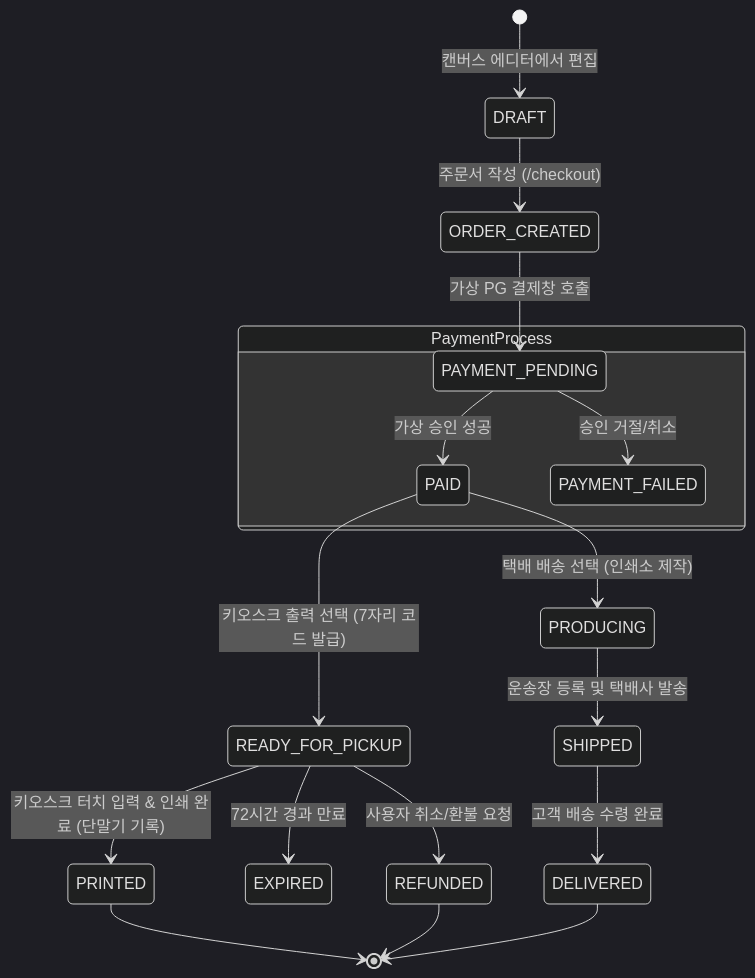
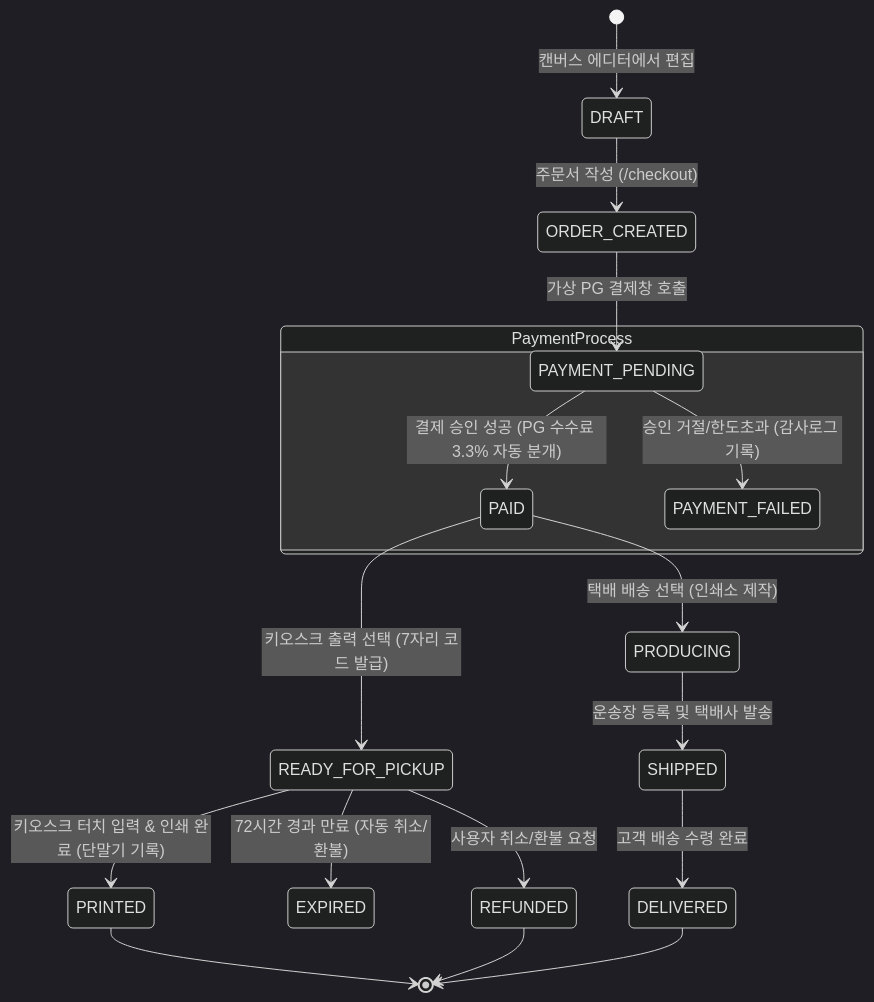
The diagram in docs/16-payment-print-flow.md (jamannim/webtoon-IP-platform), drawn with Mermaid (dark theme) before and after one commit. The commit also changed other lines of this file and 13 other files, not shown here.

````diff
--- a/docs/16-payment-print-flow.md
+++ b/docs/16-payment-print-flow.md
@@ -5,25 +5,25 @@
 ```mermaid
 stateDiagram-v2
     [*] --> DRAFT : 캔버스 에디터에서 편집
     DRAFT --> ORDER_CREATED : 주문서 작성 (/checkout)
     ORDER_CREATED --> PAYMENT_PENDING : 가상 PG 결제창 호출
     
     state PaymentProcess {
-        PAYMENT_PENDING --> PAID : 가상 승인 성공
-        PAYMENT_PENDING --> PAYMENT_FAILED : 승인 거절/취소
+        PAYMENT_PENDING --> PAID : 결제 승인 성공 (PG 수수료 3.3% 자동 분개)
+        PAYMENT_PENDING --> PAYMENT_FAILED : 승인 거절/한도초과 (감사로그 기록)
     }
     
     PAID --> READY_FOR_PICKUP : 키오스크 출력 선택 (7자리 코드 발급)
     PAID --> PRODUCING : 택배 배송 선택 (인쇄소 제작)
     
     READY_FOR_PICKUP --> PRINTED : 키오스크 터치 입력 & 인쇄 완료 (단말기 기록)
-    READY_FOR_PICKUP --> EXPIRED : 72시간 경과 만료
+    READY_FOR_PICKUP --> EXPIRED : 72시간 경과 만료 (자동 취소/환불)
     READY_FOR_PICKUP --> REFUNDED : 사용자 취소/환불 요청
     
     PRODUCING --> SHIPPED : 운송장 등록 및 택배사 발송
     SHIPPED --> DELIVERED : 고객 배송 수령 완료
     
     PRINTED --> [*]
     DELIVERED --> [*]
     REFUNDED --> [*]
 ```
````
